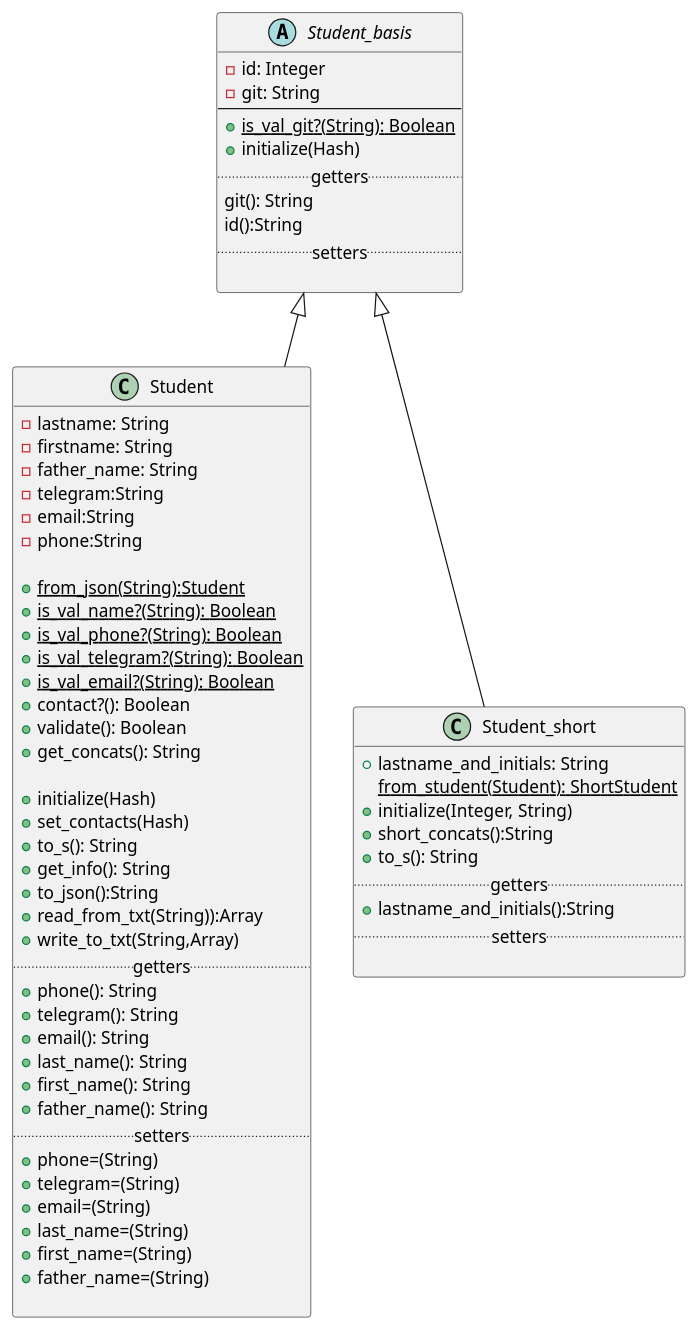
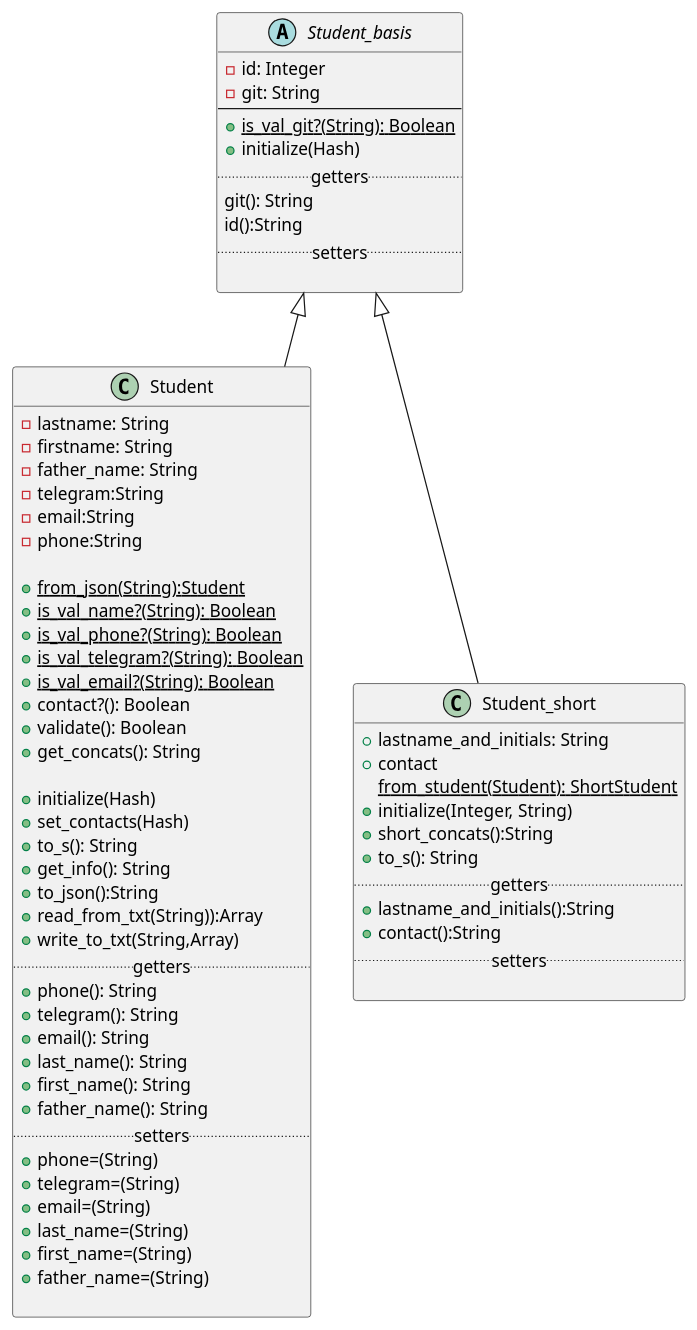
Before and after one commit to ColdEiler/pattern: the diagram in lab2/student_diagrams.puml, drawn with PlantUML. The commit also changed 1 other file, not shown here.

Commit message:
Итоговая Диаграмма

```diff
--- a/lab2/student_diagrams.puml
+++ b/lab2/student_diagrams.puml
@@ -1,69 +1,71 @@
 @startuml
 'https://plantuml.com/class-diagram'
 
 abstract class Student_basis{
      -id: Integer
      -git: String
 --
      +{static}is_val_git?(String): Boolean
      +initialize(Hash)
      .. getters..
      git(): String
      id():String
      .. setters ..
 
 }
 
 class Student extends Student_basis{
      -lastname: String
      -firstname: String
      -father_name: String
      -telegram:String
      -email:String
      -phone:String
 
      +{static}from_json(String):Student
      +{static}is_val_name?(String): Boolean
      +{static}is_val_phone?(String): Boolean
      +{static}is_val_telegram?(String): Boolean
      +{static}is_val_email?(String): Boolean
      +contact?(): Boolean
      +validate(): Boolean
      +get_concats(): String
 
      +initialize(Hash)
      +set_contacts(Hash)
      +to_s(): String
      +get_info(): String
      +to_json():String
      +read_from_txt(String)):Array
      +write_to_txt(String,Array)
      .. getters ..
      +phone(): String
      +telegram(): String
      +email(): String
      +last_name(): String
      +first_name(): String
      +father_name(): String
      .. setters ..
      +phone=(String)
      +telegram=(String)
      +email=(String)
      +last_name=(String)
      +first_name=(String)
      +father_name=(String)
 
 }
 
 class Student_short extends Student_basis{
      +lastname_and_initials: String
+     +contact
      {static}from_student(Student): ShortStudent
      +initialize(Integer, String)
      +short_concats():String
      +to_s(): String
      .. getters ..
      +lastname_and_initials():String
+     +contact():String
      .. setters ..
 
 }
 @enduml
```
